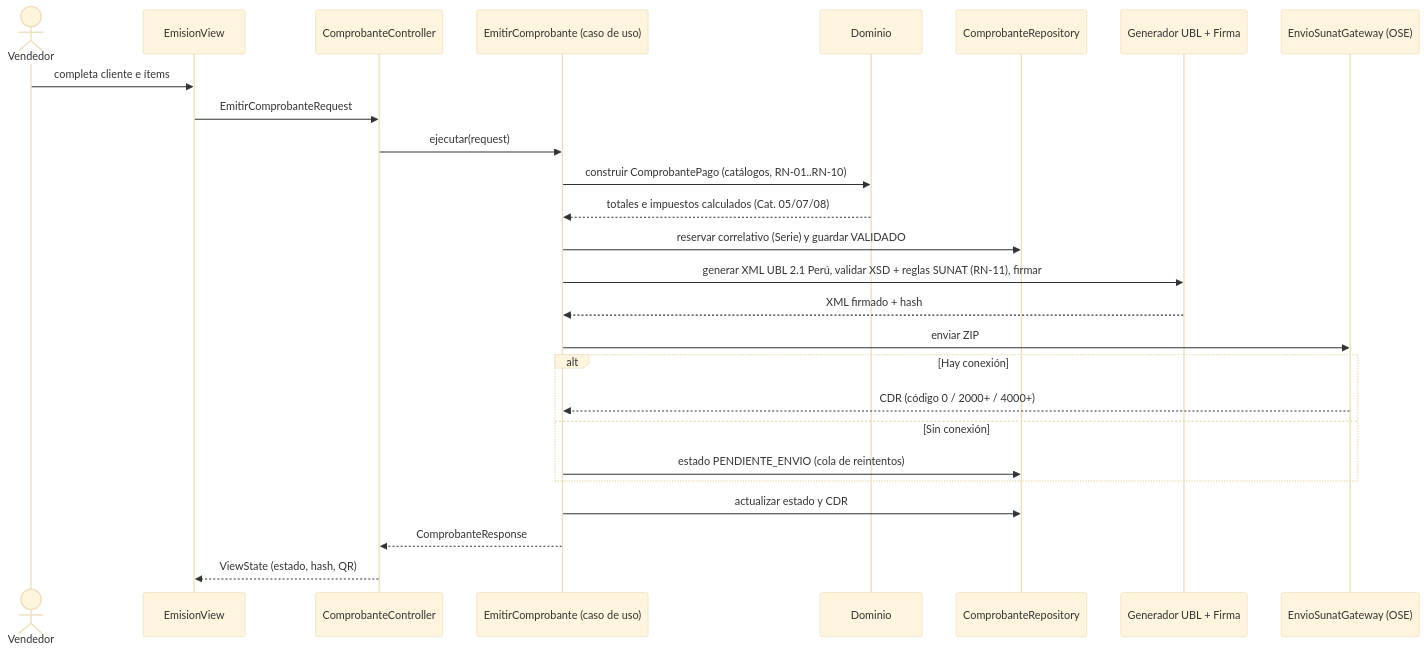
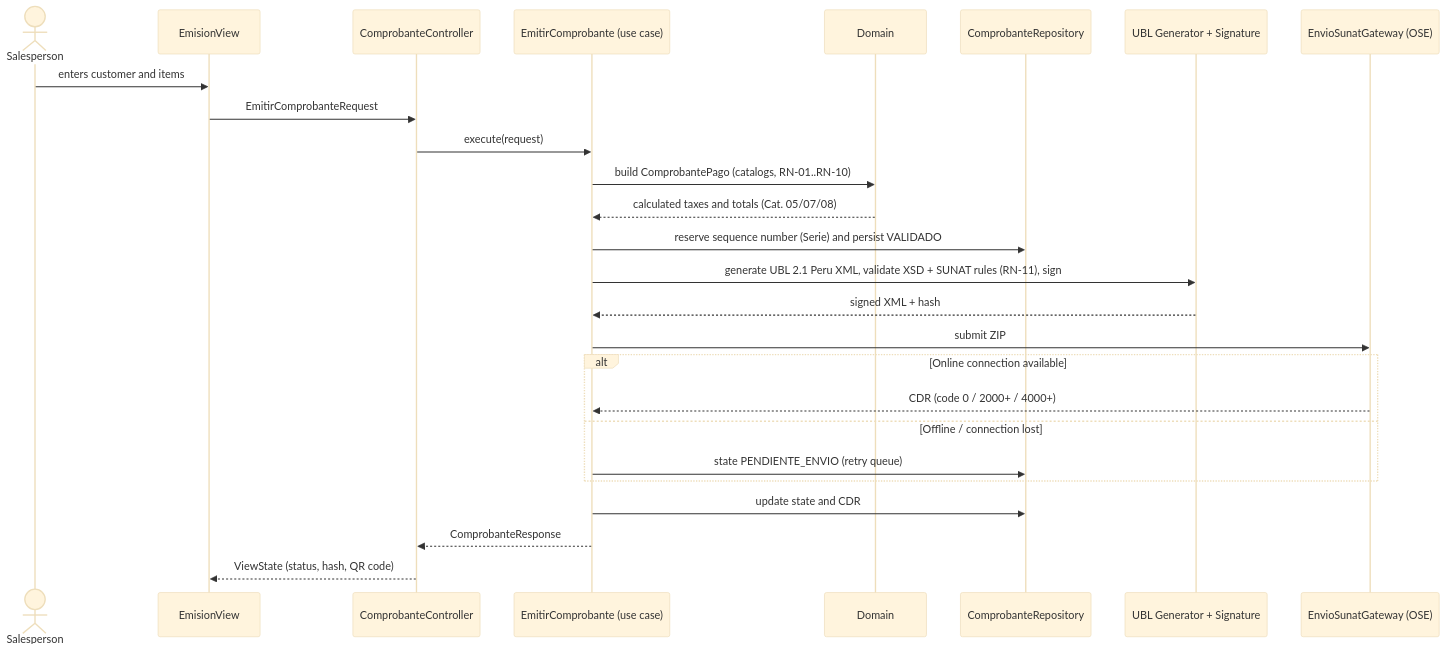
The third of 7 diagrams in docs/02_ARQUITECTURA.md (Zahir1332007/MD-Arquitectura), drawn with Mermaid (base theme) before and after one commit. The commit also changed other lines of this file and 16 other files, not shown here.

````diff
--- a/docs/02_ARQUITECTURA.md
+++ b/docs/02_ARQUITECTURA.md
@@ -83,28 +83,28 @@
 ```mermaid
 sequenceDiagram
-    actor U as Vendedor
+    actor U as Salesperson
     participant V as EmisionView
     participant C as ComprobanteController
-    participant UC as EmitirComprobante (caso de uso)
-    participant D as Dominio
+    participant UC as EmitirComprobante (use case)
+    participant D as Domain
     participant R as ComprobanteRepository
-    participant X as Generador UBL + Firma
+    participant X as UBL Generator + Signature
     participant G as EnvioSunatGateway (OSE)
-    U->>V: completa cliente e ítems
+    U->>V: enters customer and items
     V->>C: EmitirComprobanteRequest
-    C->>UC: ejecutar(request)
-    UC->>D: construir ComprobantePago (catálogos, RN-01..RN-10)
-    D-->>UC: totales e impuestos calculados (Cat. 05/07/08)
-    UC->>R: reservar correlativo (Serie) y guardar VALIDADO
-    UC->>X: generar XML UBL 2.1 Perú, validar XSD + reglas SUNAT (RN-11), firmar
-    X-->>UC: XML firmado + hash
-    UC->>G: enviar ZIP
-    alt Hay conexión
-        G-->>UC: CDR (código 0 / 2000+ / 4000+)
-    else Sin conexión
-        UC->>R: estado PENDIENTE_ENVIO (cola de reintentos)
+    C->>UC: execute(request)
+    UC->>D: build ComprobantePago (catalogs, RN-01..RN-10)
+    D-->>UC: calculated taxes and totals (Cat. 05/07/08)
+    UC->>R: reserve sequence number (Serie) and persist VALIDADO
+    UC->>X: generate UBL 2.1 Peru XML, validate XSD + SUNAT rules (RN-11), sign
+    X-->>UC: signed XML + hash
+    UC->>G: submit ZIP
+    alt Online connection available
+        G-->>UC: CDR (code 0 / 2000+ / 4000+)
+    else Offline / connection lost
+        UC->>R: state PENDIENTE_ENVIO (retry queue)
     end
-    UC->>R: actualizar estado y CDR
+    UC->>R: update state and CDR
     UC-->>C: ComprobanteResponse
-    C-->>V: ViewState (estado, hash, QR)
+    C-->>V: ViewState (status, hash, QR code)
 ```
````
